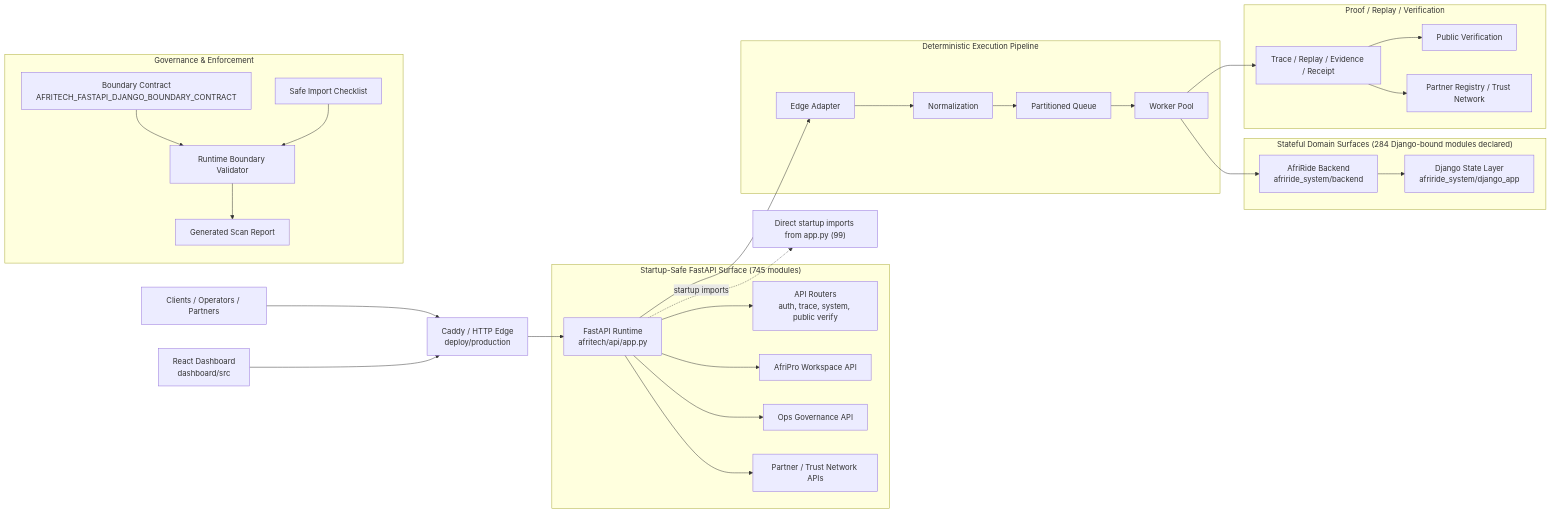
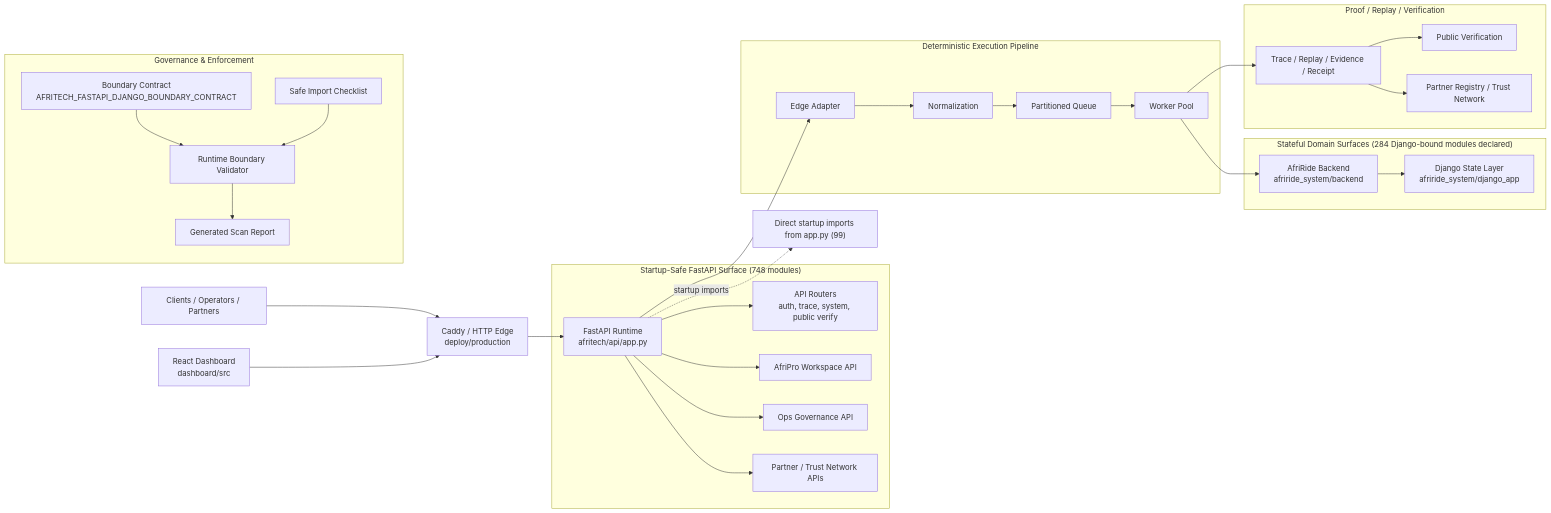
One commit to Strelly2023/afritelematics changed the first of 2 diagrams in docs/architecture/AFRITECH_FULL_ARCHITECTURE_GRAPH.md. Above: the diagram before and after it, drawn with Mermaid. The commit also changed other lines of this file and 44 other files, not shown here.

````diff
--- a/docs/architecture/AFRITECH_FULL_ARCHITECTURE_GRAPH.md
+++ b/docs/architecture/AFRITECH_FULL_ARCHITECTURE_GRAPH.md
@@ -22,39 +22,39 @@
 ```mermaid
 flowchart LR
     Client["Clients / Operators / Partners"] --> Edge["Caddy / HTTP Edge\ndeploy/production"]
     Dashboard["React Dashboard\ndashboard/src"] --> Edge
     Edge --> App["FastAPI Runtime\nafritech/api/app.py"]
 
-    subgraph FastAPI["Startup-Safe FastAPI Surface (745 modules)"]
+    subgraph FastAPI["Startup-Safe FastAPI Surface (748 modules)"]
         App --> Api["API Routers\nauth, trace, system, public verify"]
         App --> Workspace["AfriPro Workspace API"]
         App --> Governance["Ops Governance API"]
         App --> Trust["Partner / Trust Network APIs"]
     end
 
     subgraph Pipeline["Deterministic Execution Pipeline"]
         App --> Adapt["Edge Adapter"]
         Adapt --> Normalize["Normalization"]
         Normalize --> Queue["Partitioned Queue"]
         Queue --> Worker["Worker Pool"]
     end
 
     subgraph State["Stateful Domain Surfaces (284 Django-bound modules declared)"]
         Worker --> Domain["AfriRide Backend\nafriride_system/backend"]
         Domain --> Django["Django State Layer\nafriride_system/django_app"]
     end
 
     subgraph Proof["Proof / Replay / Verification"]
         Worker --> Trace["Trace / Replay / Evidence / Receipt"]
         Trace --> Public["Public Verification"]
         Trace --> Registry["Partner Registry / Trust Network"]
     end
 
     subgraph GovernancePlane["Governance & Enforcement"]
         Contract["Boundary Contract\nAFRITECH_FASTAPI_DJANGO_BOUNDARY_CONTRACT"] --> Validator["Runtime Boundary Validator"]
         Checklist["Safe Import Checklist"] --> Validator
         Validator --> Review["Generated Scan Report"]
     end
 
     App -. startup imports .-> Imports["Direct startup imports from app.py (99)"]
 ```
````
